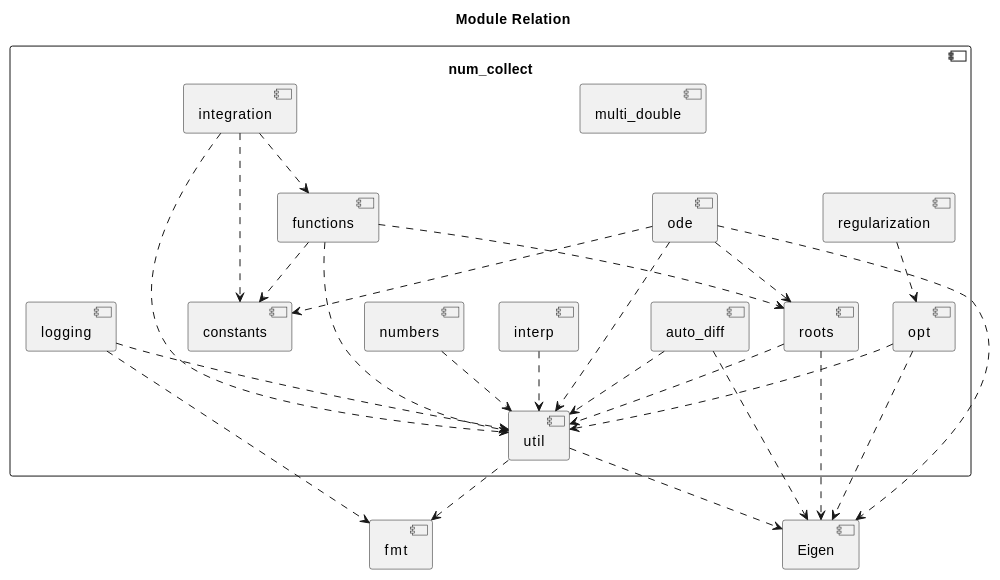
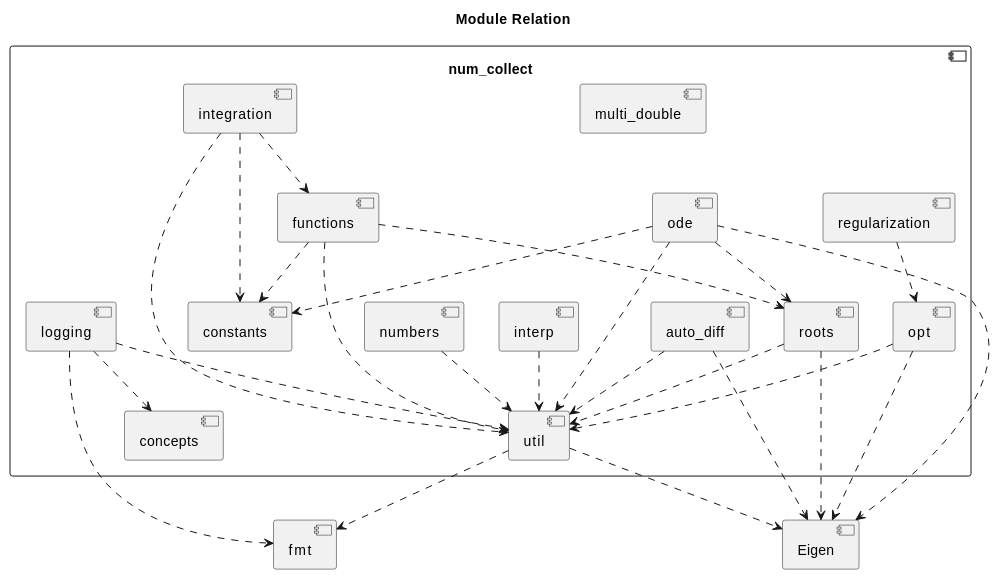
One commit to MusicScience37/numerical-collection-cpp changed the diagram in doc/sphinx/src/modules.rst. Above: the diagram before and after it, drawn with PlantUML. The commit also changed other lines of this file and 3 other files, not shown here.

```diff
--- a/doc/sphinx/src/modules.rst
+++ b/doc/sphinx/src/modules.rst
@@ -6,57 +6,60 @@
 .. uml::
 
     title Module Relation
 
     component fmt
     component Eigen
 
     component num_collect {
+        component concepts
+
         component util
         util ..> fmt
         util ..> Eigen
 
         component logging
         logging ..> fmt
         logging ..> util
+        logging ..> concepts
 
         component auto_diff
         auto_diff ..> util
         auto_diff ..> Eigen
 
         component opt
         opt ..> util
         opt ..> Eigen
 
         component regularization
         regularization ..> opt
 
         component interp
         interp ..> util
 
         component numbers
         numbers ..> util
 
         component multi_double
 
         component constants
 
         component roots
         roots ..> util
         roots ..> Eigen
 
         component functions
         functions ..> util
         functions ..> constants
         functions ..> roots
 
         component integration
         integration ..> util
         integration ..> constants
         integration ..> functions
 
         component ode
         ode ..> util
         ode ..> constants
         ode ..> roots
         ode ..> Eigen
     }
```
